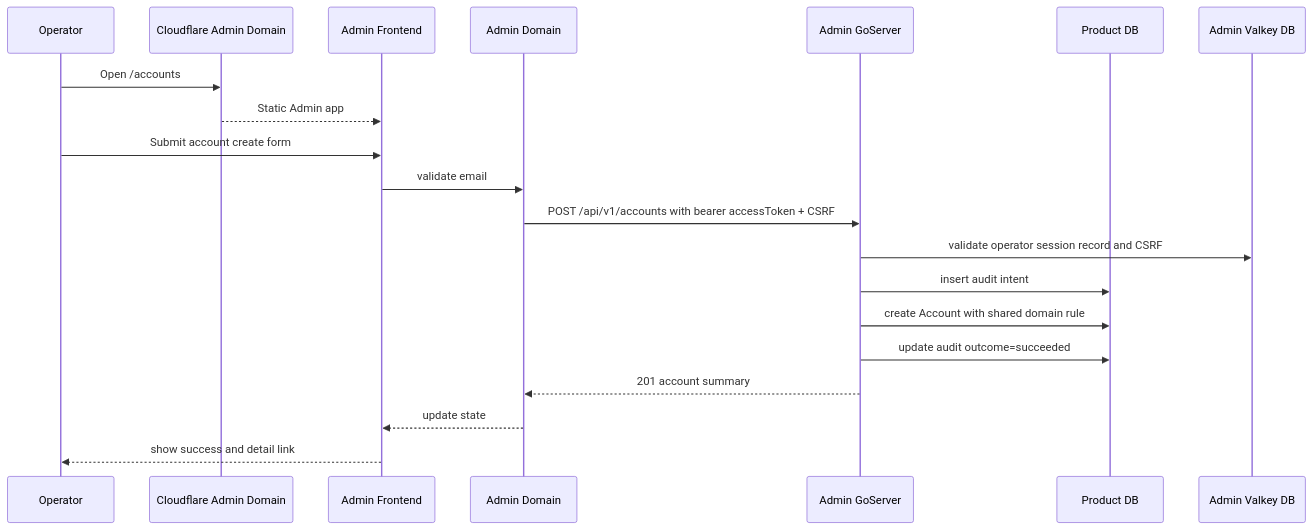
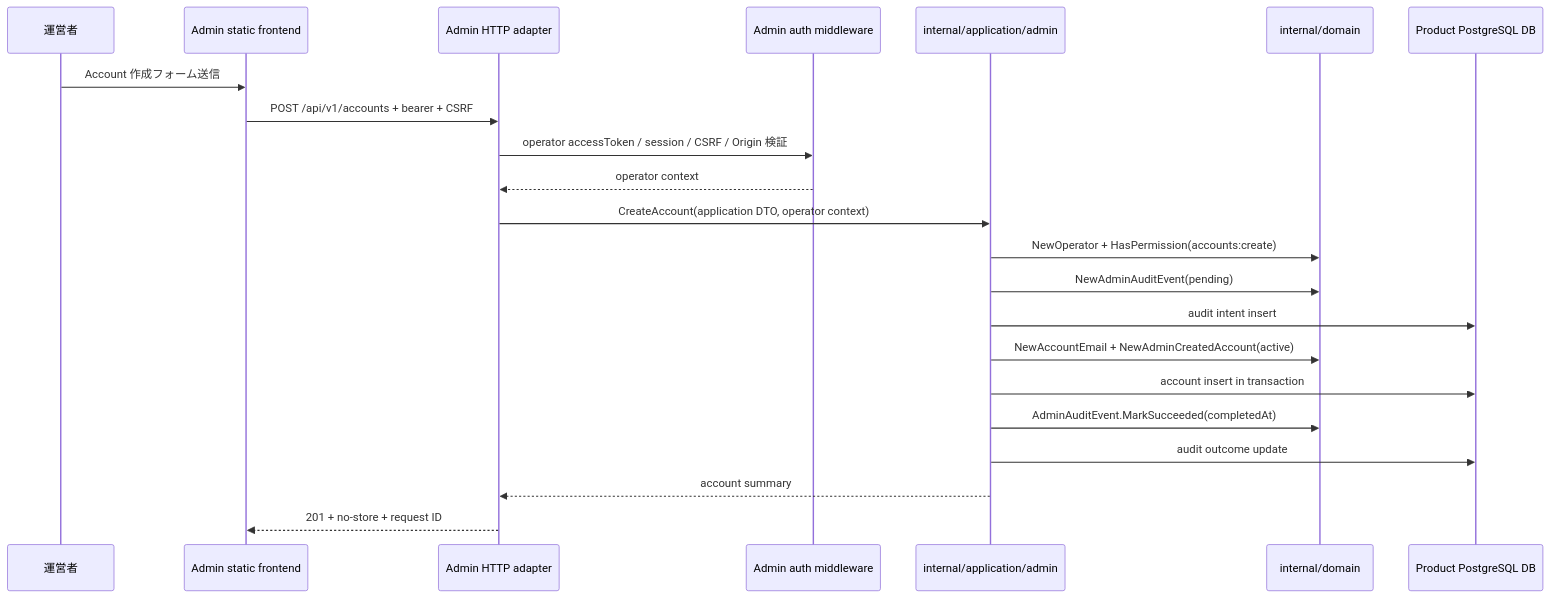
The fourth of 9 diagrams in openspec/changes/admin-backend-architecture-account-creation/design.md (witwire-net/www-template), drawn with Mermaid before and after one commit. The commit also changed other lines of this file and 8 other files, not shown here.

````diff
--- a/openspec/changes/admin-backend-architecture-account-creation/design.md
+++ b/openspec/changes/admin-backend-architecture-account-creation/design.md
@@ -194,22 +337,24 @@
 ```mermaid
 sequenceDiagram
-  participant O as Operator
-  participant CF as Cloudflare Admin Domain
-  participant F as Admin Frontend
-  participant D as Admin Domain
-  participant A as Admin GoServer
-  participant DB as Product DB
-  participant V as Admin Valkey DB
-  O->>CF: Open /accounts
-  CF-->>F: Static Admin app
-  O->>F: Submit account create form
-  F->>D: validate email
-  D->>A: POST /api/v1/accounts with bearer accessToken + CSRF
-  A->>V: validate operator session record and CSRF
-  A->>DB: insert audit intent
-  A->>DB: create Account with shared domain rule
-  A->>DB: update audit outcome=succeeded
-  A-->>D: 201 account summary
-  D-->>F: update state
-  F-->>O: show success and detail link
+  participant O as 運営者
+  participant F as Admin static frontend
+  participant H as Admin HTTP adapter
+  participant AU as Admin auth middleware
+  participant UC as internal/application/admin
+  participant D as internal/domain
+  participant DB as Product PostgreSQL DB
+  O->>F: Account 作成フォーム送信
+  F->>H: POST /api/v1/accounts + bearer + CSRF
+  H->>AU: operator accessToken / session / CSRF / Origin 検証
+  AU-->>H: operator context
+  H->>UC: CreateAccount(application DTO, operator context)
+  UC->>D: NewOperator + HasPermission(accounts:create)
+  UC->>D: NewAdminAuditEvent(pending)
+  UC->>DB: audit intent insert
+  UC->>D: NewAccountEmail + NewAdminCreatedAccount(active)
+  UC->>DB: account insert in transaction
+  UC->>D: AdminAuditEvent.MarkSucceeded(completedAt)
+  UC->>DB: audit outcome update
+  UC-->>H: account summary
+  H-->>F: 201 + no-store + request ID
 ```
````
